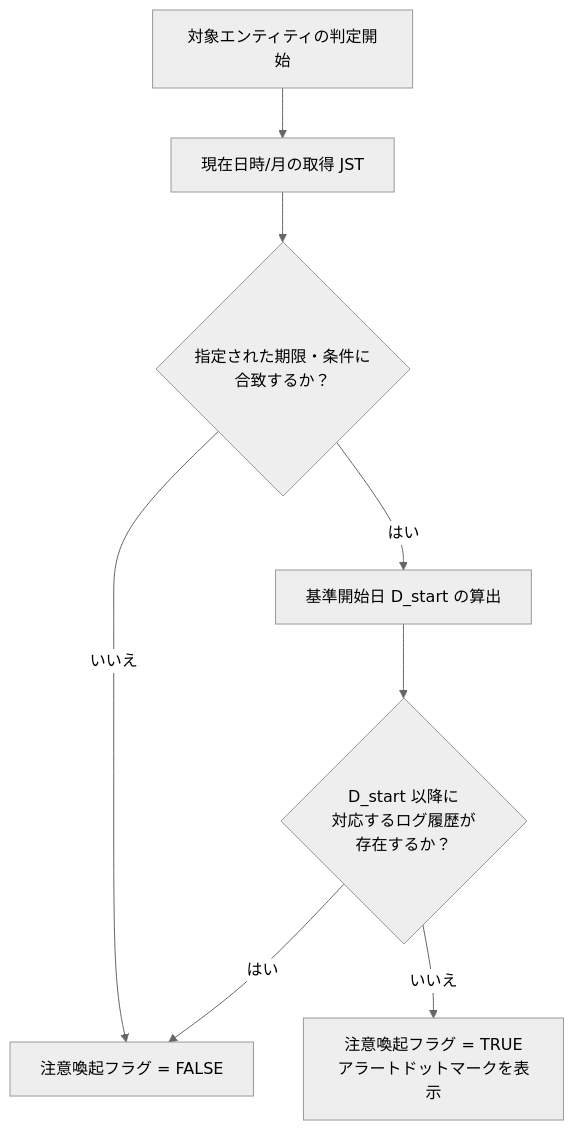
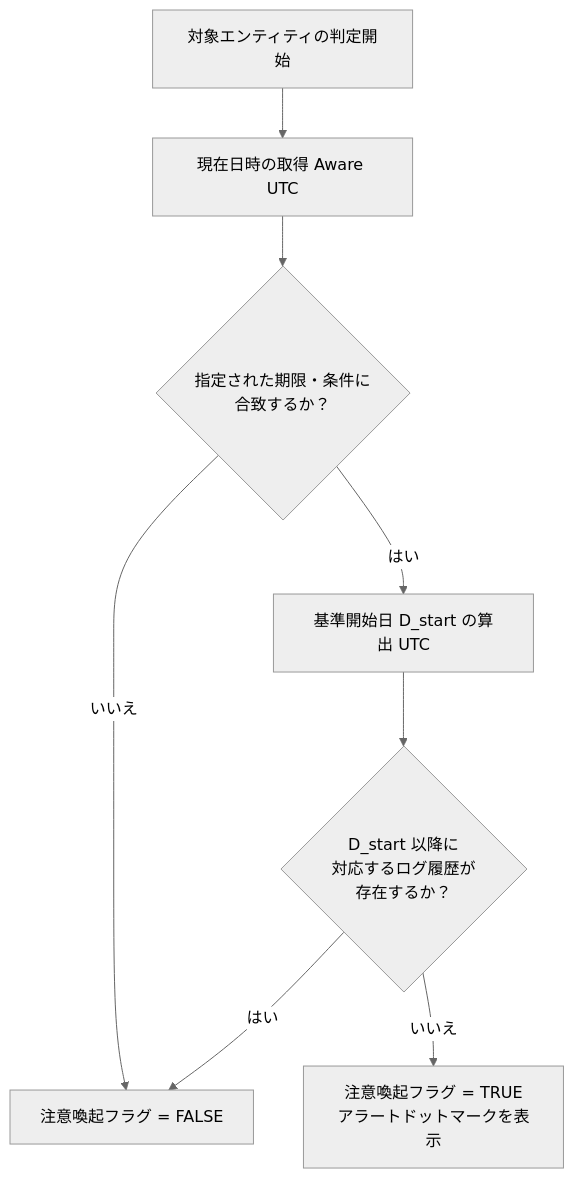
Before and after one commit to LeoPanda/template: the first of 2 diagrams in .agents/plugins/system-dev-pipeline/templates/ビジネスロジック仕様書.md, drawn with Mermaid (neutral theme). The commit also changed other lines of this file and 206 other files, not shown here.

````diff
--- a/.agents/plugins/system-dev-pipeline/templates/ビジネスロジック仕様書.md
+++ b/.agents/plugins/system-dev-pipeline/templates/ビジネスロジック仕様書.md
@@ -22,10 +23,10 @@
 ```mermaid
 flowchart TD
-    A[対象エンティティの判定開始] --> B[現在日時/月の取得 JST]
+    A[対象エンティティの判定開始] --> B[現在日時の取得 Aware UTC]
     B --> C{指定された期限・条件に<br/>合致するか？}
     C -- いいえ --> D[注意喚起フラグ = FALSE]
-    C -- はい --> E[基準開始日 D_start の算出]
+    C -- はい --> E[基準開始日 D_start の算出 UTC]
     E --> F{D_start 以降に<br/>対応するログ履歴が<br/>存在するか？}
     F -- はい --> D
     F -- いいえ --> G[注意喚起フラグ = TRUE<br/>アラートドットマークを表示]
 ```
````
